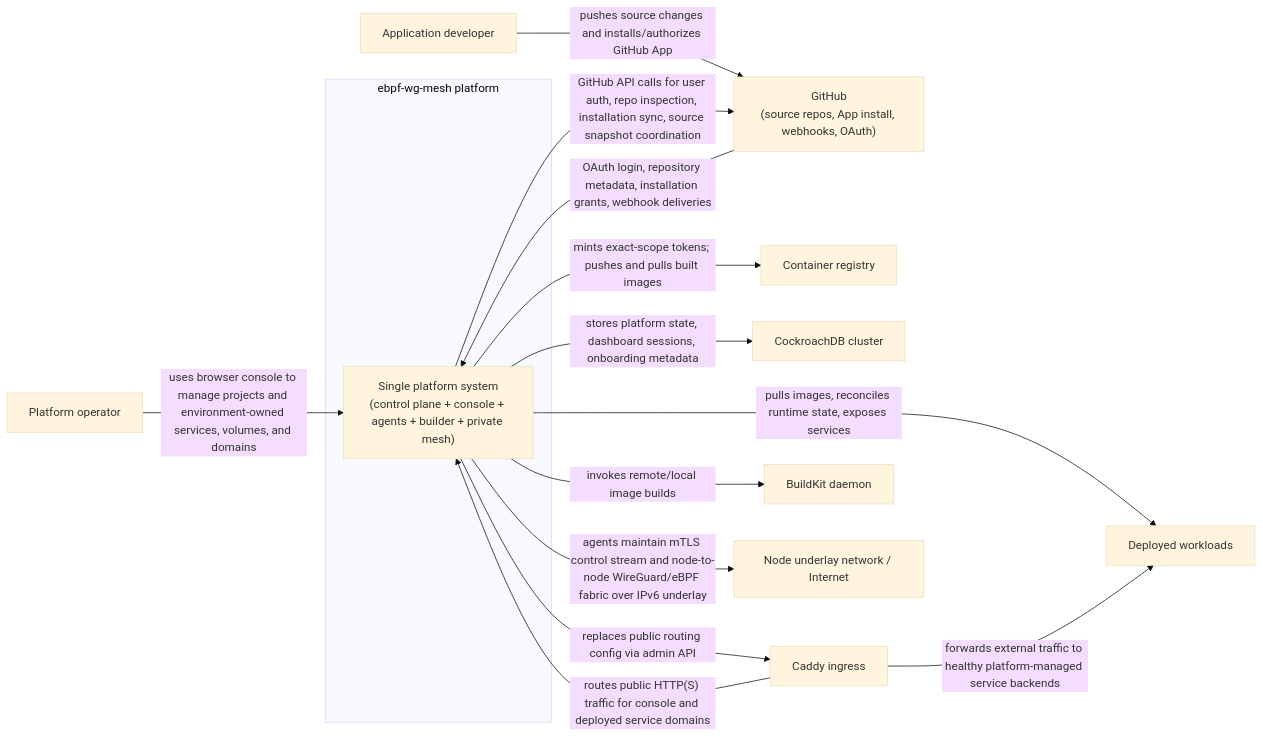
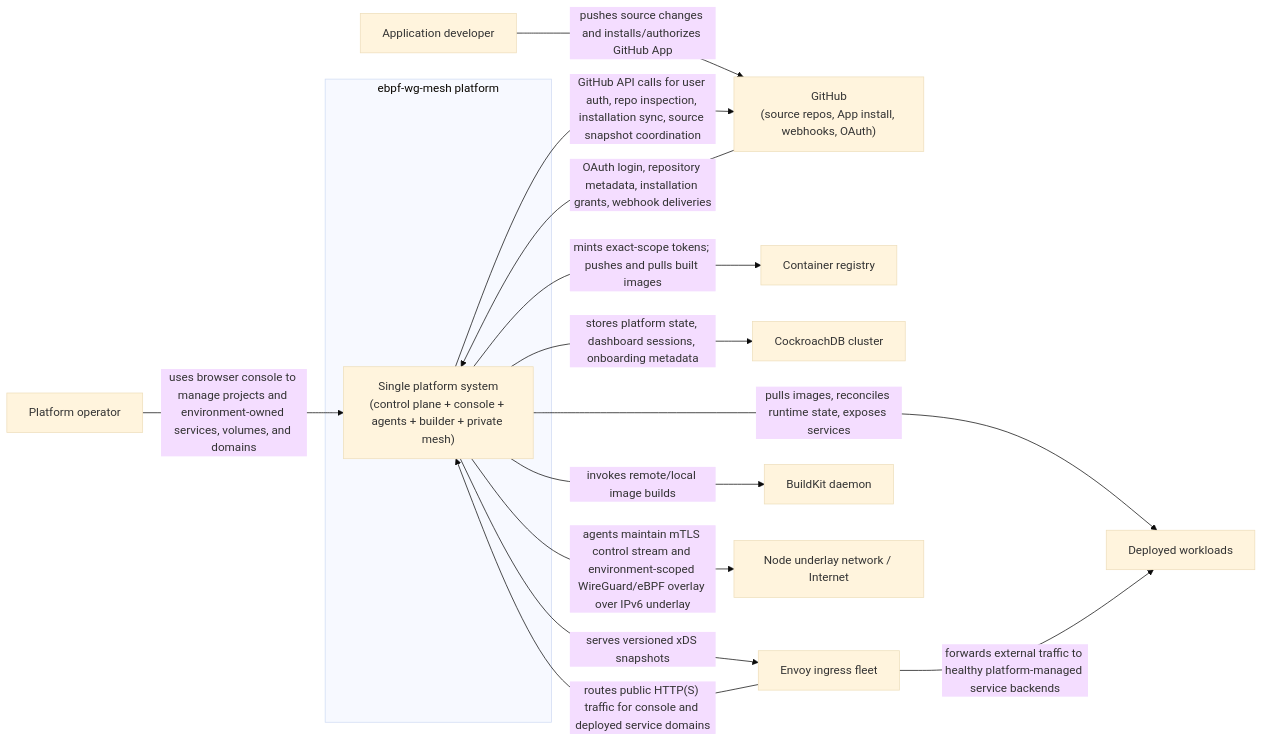
The diagram in docs/c4-system-context.md (jklq/ebpf-wg-mesh), drawn with Mermaid (base theme) before and after one commit. The commit also changed other lines of this file and 11 other files, not shown here.

````diff
--- a/docs/c4-system-context.md
+++ b/docs/c4-system-context.md
@@ -10,29 +10,29 @@
 ```mermaid
 flowchart LR
     operator["Platform operator"]
     developer["Application developer"]
     github["GitHub\n(source repos, App install, webhooks, OAuth)"]
     registry["Container registry"]
     cockroach["CockroachDB cluster"]
-    caddy["Caddy ingress"]
+    envoy["Envoy ingress fleet"]
     buildkit["BuildKit daemon"]
     underlay["Node underlay network / Internet"]
     workloads["Deployed workloads"]
 
     subgraph system["ebpf-wg-mesh platform"]
         platform["Single platform system\n(control plane + console + agents + builder + private mesh)"]
     end
 
     operator -->|"uses browser console to manage projects and environment-owned services, volumes, and domains"| platform
     developer -->|"pushes source changes and installs/authorizes GitHub App"| github
     github -->|"OAuth login, repository metadata, installation grants, webhook deliveries"| platform
     platform -->|"GitHub API calls for user auth, repo inspection, installation sync, source snapshot coordination"| github
     platform -->|"stores platform state, dashboard sessions, onboarding metadata"| cockroach
-    platform -->|"replaces public routing config via admin API"| caddy
-    caddy -->|"routes public HTTP(S) traffic for console and deployed service domains"| platform
+    platform -->|"serves versioned xDS snapshots"| envoy
+    envoy -->|"routes public HTTP(S) traffic for console and deployed service domains"| platform
     platform -->|"mints exact-scope tokens; pushes and pulls built images"| registry
     platform -->|"invokes remote/local image builds"| buildkit
-    platform -->|"agents maintain mTLS control stream and node-to-node WireGuard/eBPF fabric over IPv6 underlay"| underlay
+    platform -->|"agents maintain mTLS control stream and environment-scoped WireGuard/eBPF overlay over IPv6 underlay"| underlay
     platform -->|"pulls images, reconciles runtime state, exposes services"| workloads
-    caddy -->|"forwards external traffic to healthy platform-managed service backends"| workloads
+    envoy -->|"forwards external traffic to healthy platform-managed service backends"| workloads
 ```
````
